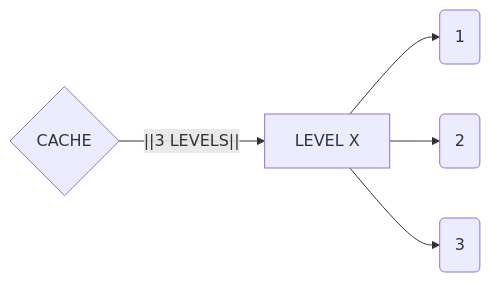
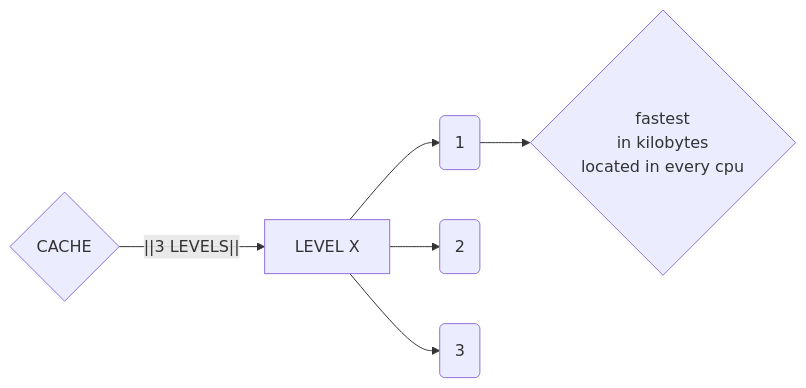
One commit to 0xClumzzy/learning changed the diagram in aox/Notes/Computer architecture.md. Above: the diagram before and after it, drawn with Mermaid. The commit also changed other lines of this file, not shown here.

````diff
--- a/aox/Notes/Computer architecture.md
+++ b/aox/Notes/Computer architecture.md
@@ -11,7 +11,7 @@
 ```mermaid 
 flowchart LR
 a1{CACHE}--||3 LEVELS||-->a2[LEVEL X]
-a2-->A(1)
+a2-->A(1)-->p1{fastest<br>in kilobytes<br>located in every cpu}
 a2-->B(2)
 a2-->C(3)
 ```
````
